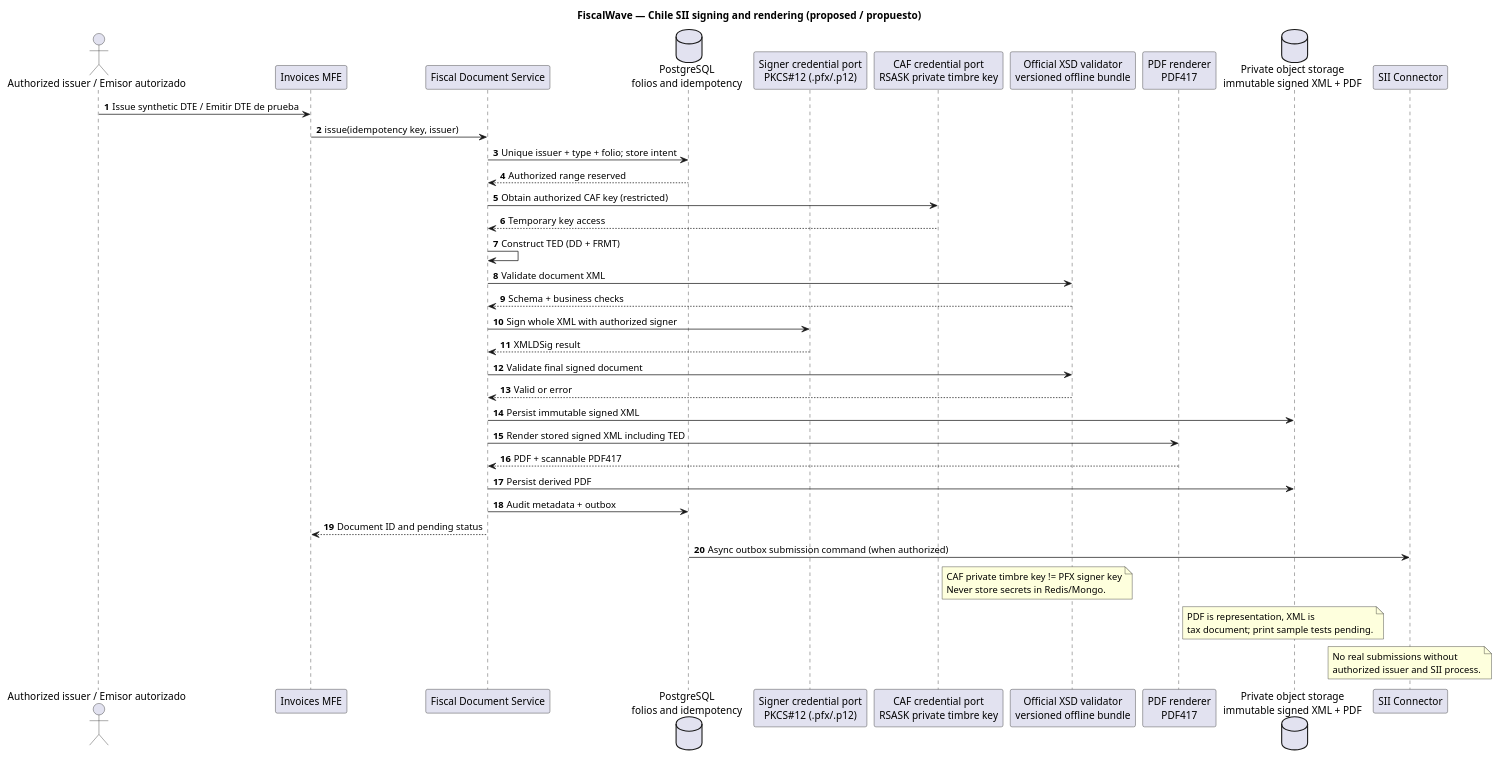
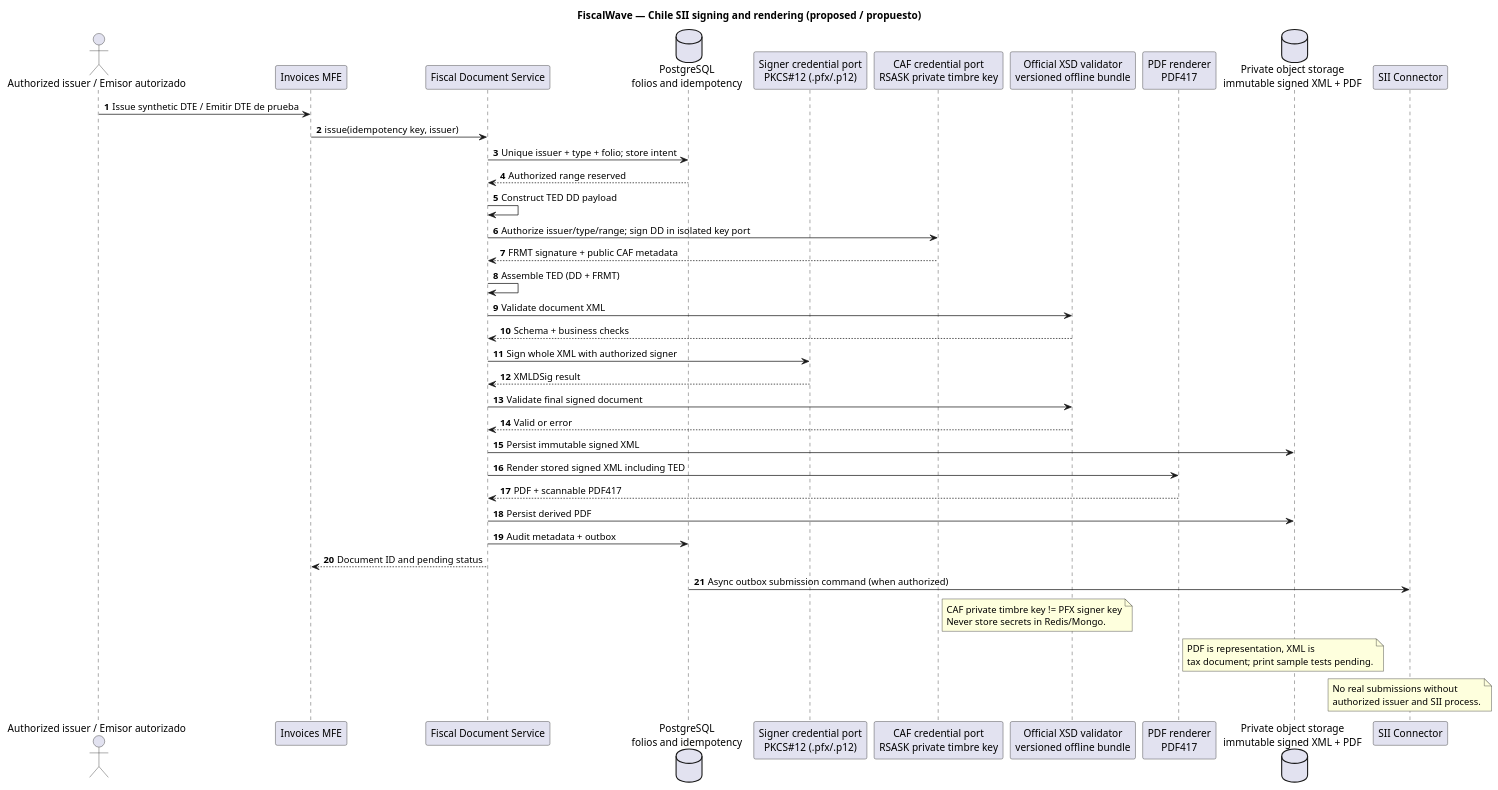
The diagram in docs/architecture/sii-signing-and-pdf.puml (devzaratech/fiscal-wave), drawn with PlantUML before and after one commit. The commit also changed 8 other files, not shown here.

```diff
--- a/docs/architecture/sii-signing-and-pdf.puml
+++ b/docs/architecture/sii-signing-and-pdf.puml
@@ -1,47 +1,48 @@
 @startuml
 title FiscalWave — Chile SII signing and rendering (proposed / propuesto)
 skinparam shadowing false
 autonumber
 actor "Authorized issuer / Emisor autorizado" as User
 participant "Invoices MFE" as MFE
 participant "Fiscal Document Service" as Fiscal
 database "PostgreSQL\nfolios and idempotency" as DB
 participant "Signer credential port\nPKCS#12 (.pfx/.p12)" as PFX
 participant "CAF credential port\nRSASK private timbre key" as CAF
 participant "Official XSD validator\nversioned offline bundle" as XSD
 participant "PDF renderer\nPDF417" as PDF
 database "Private object storage\nimmutable signed XML + PDF" as Store
 participant "SII Connector" as SII
 User -> MFE : Issue synthetic DTE / Emitir DTE de prueba
 MFE -> Fiscal : issue(idempotency key, issuer)
 Fiscal -> DB : Unique issuer + type + folio; store intent
 DB --> Fiscal : Authorized range reserved
-Fiscal -> CAF : Obtain authorized CAF key (restricted)
-CAF --> Fiscal : Temporary key access
-Fiscal -> Fiscal : Construct TED (DD + FRMT)
+Fiscal -> Fiscal : Construct TED DD payload
+Fiscal -> CAF : Authorize issuer/type/range; sign DD in isolated key port
+CAF --> Fiscal : FRMT signature + public CAF metadata
+Fiscal -> Fiscal : Assemble TED (DD + FRMT)
 Fiscal -> XSD : Validate document XML
 XSD --> Fiscal : Schema + business checks
 Fiscal -> PFX : Sign whole XML with authorized signer
 PFX --> Fiscal : XMLDSig result
 Fiscal -> XSD : Validate final signed document
 XSD --> Fiscal : Valid or error
 Fiscal -> Store : Persist immutable signed XML
 Fiscal -> PDF : Render stored signed XML including TED
 PDF --> Fiscal : PDF + scannable PDF417
 Fiscal -> Store : Persist derived PDF
 Fiscal -> DB : Audit metadata + outbox
 Fiscal --> MFE : Document ID and pending status
 DB -> SII : Async outbox submission command (when authorized)
 note right of CAF
 CAF private timbre key != PFX signer key
 Never store secrets in Redis/Mongo.
 end note
 note right of PDF
 PDF is representation, XML is
 tax document; print sample tests pending.
 end note
 note over SII
 No real submissions without
 authorized issuer and SII process.
 end note
 @enduml
```
